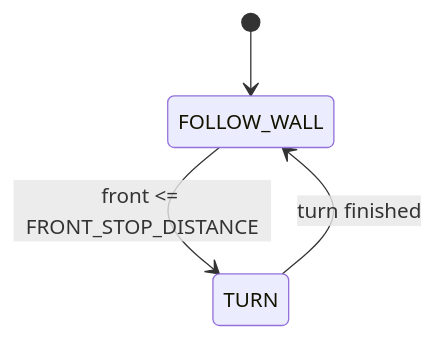
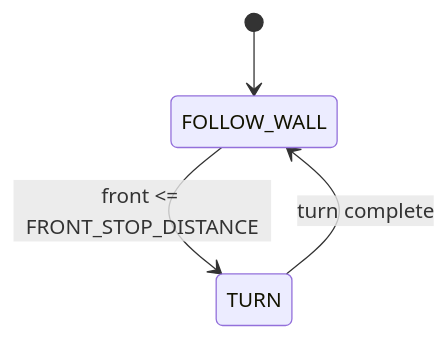
One commit to TempeHS/RP2040_Competition_Robot changed the diagram in docs/Challenge_4.md. Above: the diagram before and after it, drawn with Mermaid. The commit also changed other lines of this file and 14 other files, not shown here.

````diff
--- a/docs/Challenge_4.md
+++ b/docs/Challenge_4.md
@@ -47,6 +47,6 @@
 ```mermaid
 stateDiagram-v2
     [*] --> FOLLOW_WALL
     FOLLOW_WALL --> TURN: front <= FRONT_STOP_DISTANCE
-    TURN --> FOLLOW_WALL: turn finished
+    TURN --> FOLLOW_WALL: turn complete
 ```
````
